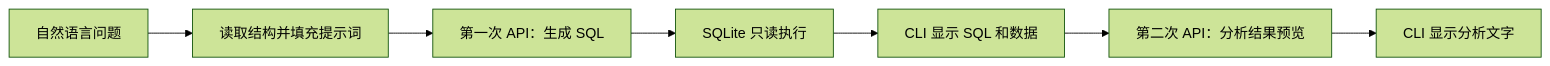
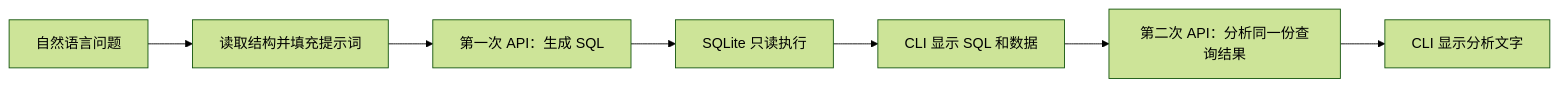
One commit to Lx6uo/agentic-text2sql-cpp changed the diagram in docs/project-report.md. Above: the diagram before and after it, drawn with Mermaid (forest theme). The commit also changed other lines of this file and 11 other files, not shown here.

````diff
--- a/docs/project-report.md
+++ b/docs/project-report.md
@@ -76,9 +76,9 @@
 ```mermaid
 flowchart LR
     A[自然语言问题] --> B[读取结构并填充提示词]
     B --> C[第一次 API：生成 SQL]
     C --> D[SQLite 只读执行]
     D --> E[CLI 显示 SQL 和数据]
-    E --> F[第二次 API：分析结果预览]
+    E --> F[第二次 API：分析同一份查询结果]
     F --> G[CLI 显示分析文字]
 ```
````
